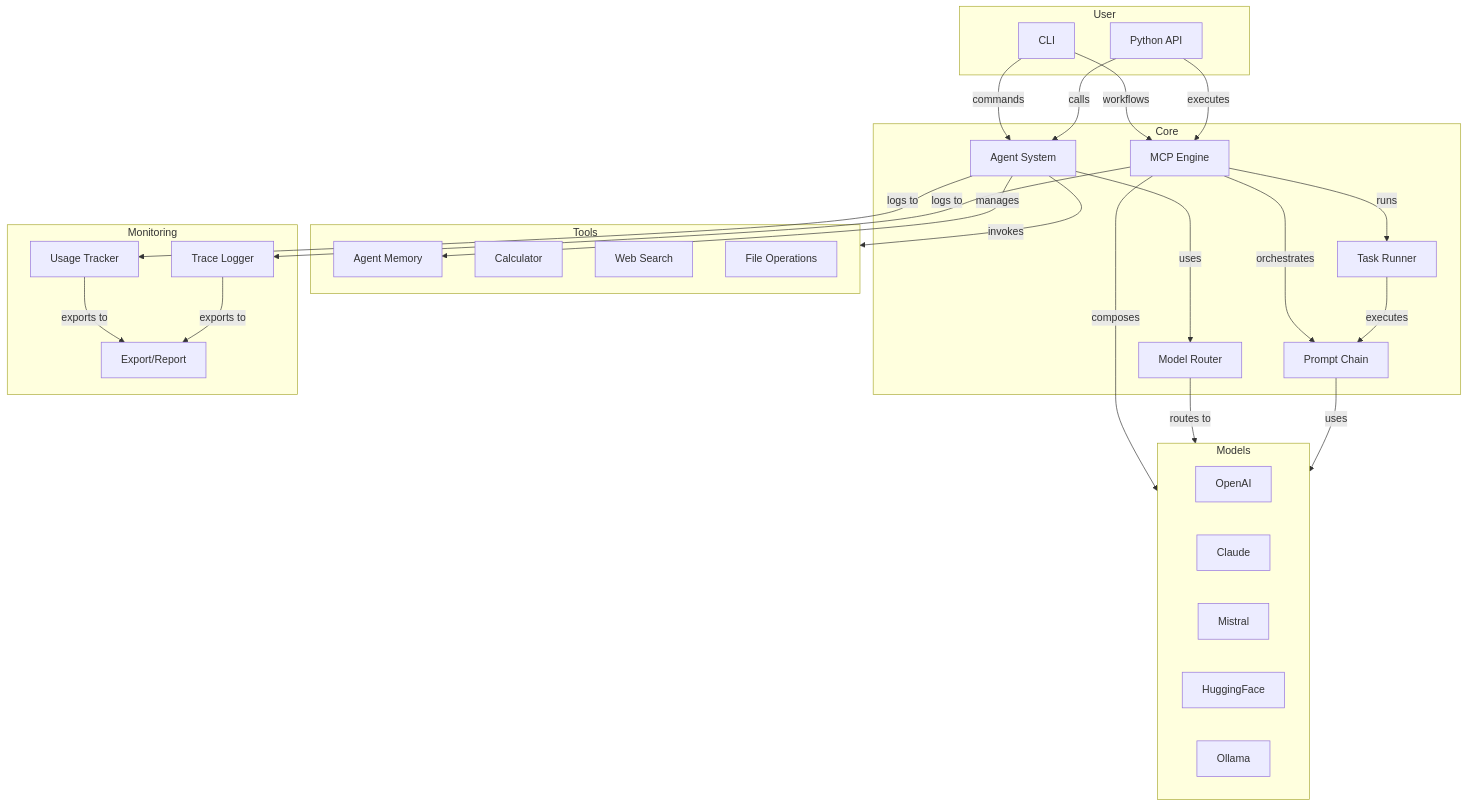
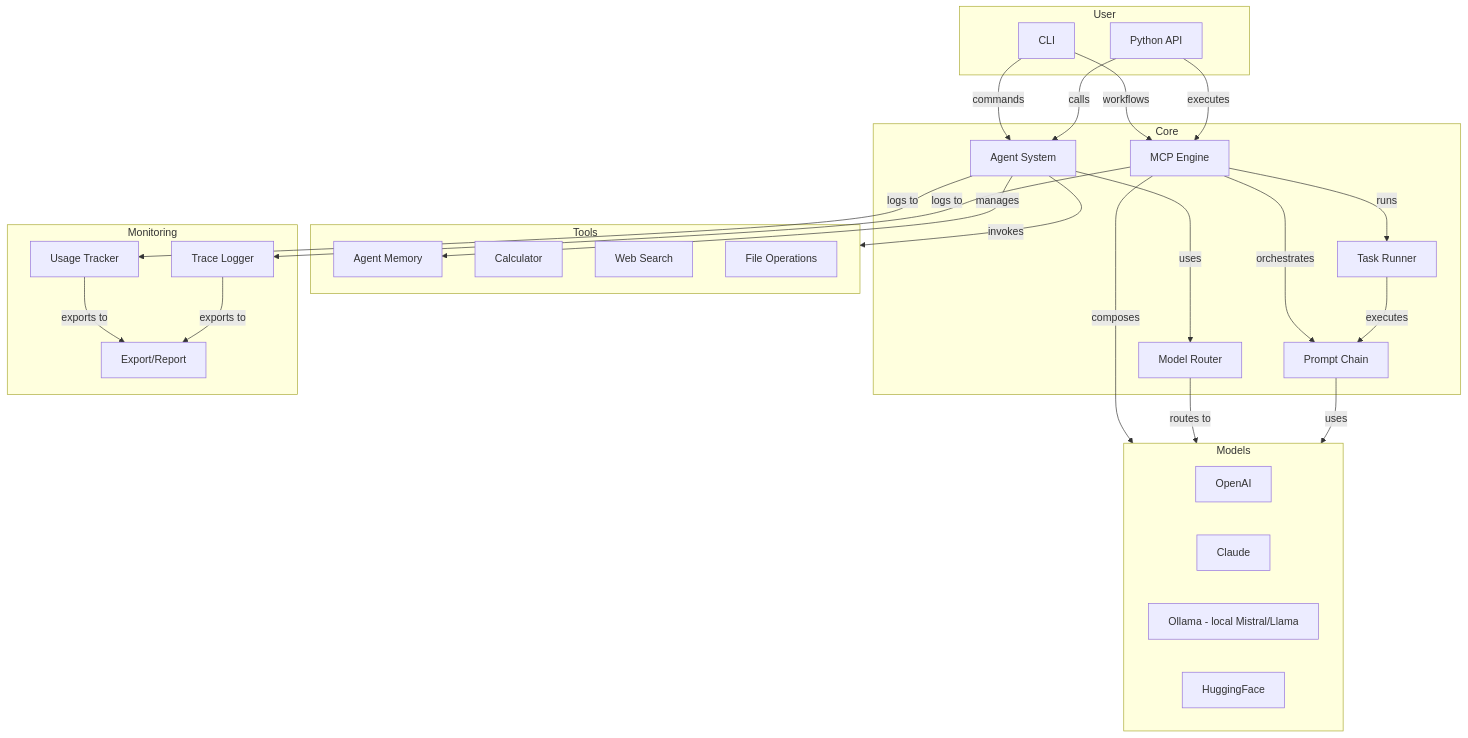
The diagram in docs/features_and_functions.md (multimindlab/multimind-sdk), drawn with Mermaid before and after one commit. The commit also changed other lines of this file and 96 other files, not shown here.

````diff
--- a/docs/features_and_functions.md
+++ b/docs/features_and_functions.md
@@ -269,58 +239,57 @@
 ```mermaid
 graph TD
     subgraph User
         CLI[CLI]
         API[Python API]
     end
     
     subgraph Core
         Agent[Agent System]
         MCP[MCP Engine]
         Router[Model Router]
         Chain[Prompt Chain]
         Runner[Task Runner]
     end
     
     subgraph Models
         OpenAI[OpenAI]
         Claude[Claude]
-        Mistral[Mistral]
+        Ollama[Ollama - local Mistral/Llama]
         HF[HuggingFace]
-        Ollama[Ollama]
     end
     
     subgraph Tools
         Memory[Agent Memory]
         Calculator[Calculator]
         WebSearch[Web Search]
         FileOps[File Operations]
     end
     
     subgraph Monitoring
         Usage[Usage Tracker]
         Trace[Trace Logger]
         Export[Export/Report]
     end
     
     CLI -->|commands| Agent
     CLI -->|workflows| MCP
     API -->|calls| Agent
     API -->|executes| MCP
     
     Agent -->|uses| Router
     Agent -->|manages| Memory
     Agent -->|invokes| Tools
     
     MCP -->|composes| Models
     MCP -->|orchestrates| Chain
     MCP -->|runs| Runner
     
     Router -->|routes to| Models
     Chain -->|uses| Models
     Runner -->|executes| Chain
     
     Agent -->|logs to| Usage
     MCP -->|logs to| Trace
     Usage -->|exports to| Export
     Trace -->|exports to| Export
 ```
````
